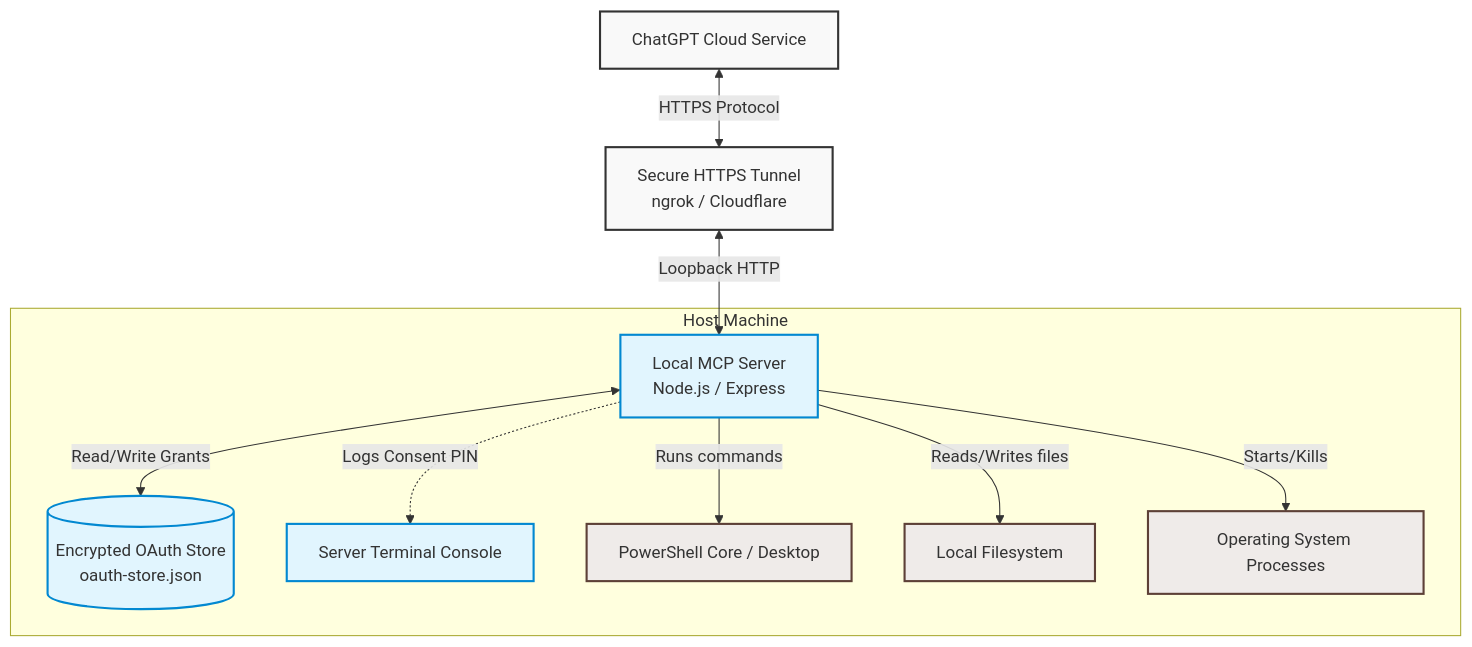
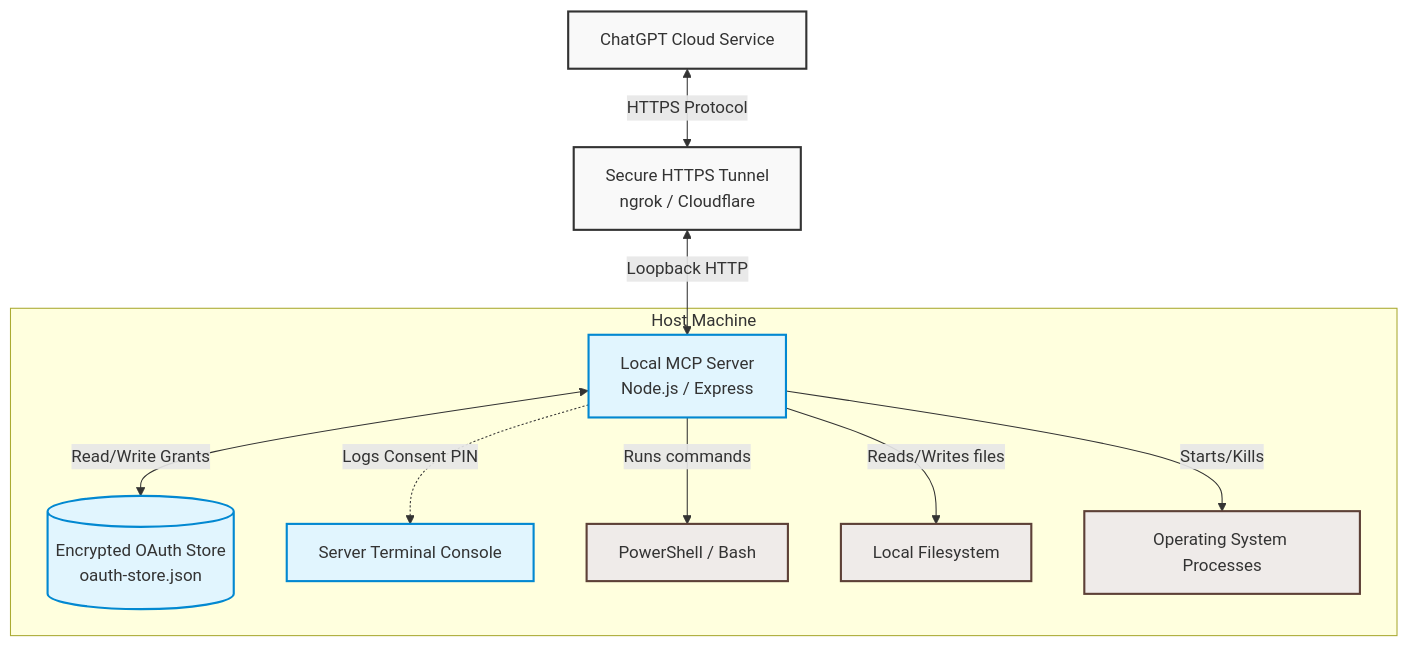
Before and after one commit to DevDeepakBhattarai/win-codex: the first of 2 diagrams in README.md, drawn with Mermaid. The commit also changed other lines of this file and 6 other files, not shown here.

Commit message:
fix: run terminal commands with the host shell

````diff
--- a/README.md
+++ b/README.md
@@ -7,28 +7,28 @@
 ```mermaid
 graph TD
     classDef external fill:#f9f9f9,stroke:#333,stroke-width:2px;
     classDef secure fill:#e1f5fe,stroke:#0288d1,stroke-width:2px;
     classDef local fill:#efebe9,stroke:#5d4037,stroke-width:2px;
 
     GPT[ChatGPT Cloud Service]:::external
     Tunnel[Secure HTTPS Tunnel <br/> ngrok / Cloudflare]:::external
     
     subgraph Host Machine
         Server[Local MCP Server <br/> Node.js / Express]:::secure
         Store[(Encrypted OAuth Store <br/> oauth-store.json)]:::secure
         Console[Server Terminal Console]:::secure
         
-        PS[PowerShell Core / Desktop]:::local
+        Terminal[PowerShell / Bash]:::local
         FS[Local Filesystem]:::local
         Proc[Operating System Processes]:::local
     end
 
     GPT <-->|HTTPS Protocol| Tunnel
     Tunnel <-->|Loopback HTTP| Server
     Server <-->|Read/Write Grants| Store
     Server -.->|Logs Consent PIN| Console
     
-    Server -->|Runs commands| PS
+    Server -->|Runs commands| Terminal
     Server -->|Reads/Writes files| FS
     Server -->|Starts/Kills| Proc
 ```
````
